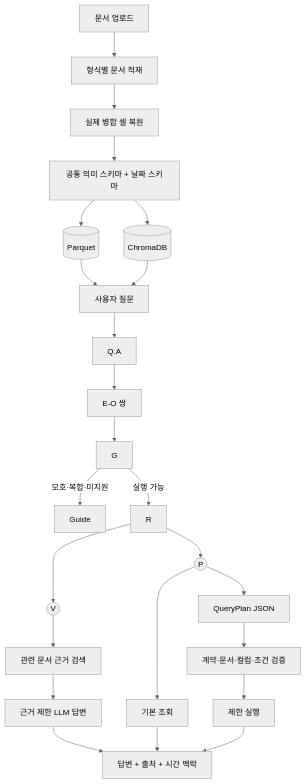
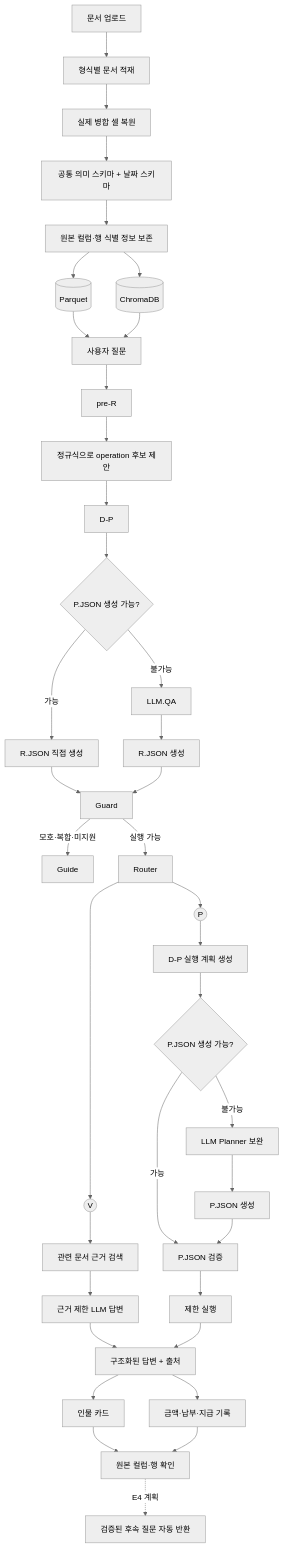
Diagram 15 of 15 in README.md (knu-2026-summer-main-enhancement/finance-doc-agent), drawn with Mermaid (neutral theme) before and after one commit. The commit also changed other lines of this file, not shown here.

Commit message:
docs: align roadmap with E3 and E4

````diff
--- a/README.md
+++ b/README.md
@@ -629,32 +642,48 @@
 ```mermaid
 flowchart TD
     U[문서 업로드] --> I[형식별 문서 적재]
     I --> M[실제 병합 셀 복원]
     M --> S[공통 의미 스키마 + 날짜 스키마]
-    S --> DB1[(Parquet)]
-    S --> DB2[(ChromaDB)]
+    S --> O[원본 컬럼·행 식별 정보 보존]
+    O --> DB1[(Parquet)]
+    O --> DB2[(ChromaDB)]
 
     DB1 --> Q[사용자 질문]
     DB2 --> Q
 
-    Q --> QA[Q.A]
-    QA --> EO[E-O 쌍]
-    EO --> G[G]
+    Q --> PR[pre-R]
+    PR --> OP[정규식으로 operation 후보 제안]
+    OP --> DP[D-P]
+    DP --> PC{P.JSON 생성 가능?}
+    PC -->|가능| RJ[R.JSON 직접 생성]
+    PC -->|불가능| LQ[LLM.QA]
+    LQ --> RJ2[R.JSON 생성]
+
+    RJ --> G[Guard]
+    RJ2 --> G
     G -->|모호·복합·미지원| GUIDE[Guide]
-    G -->|실행 가능| R[R]
+    G -->|실행 가능| R[Router]
 
     R --> V((V))
     R --> P((P))
 
     V --> VS[관련 문서 근거 검색]
     VS --> VA[근거 제한 LLM 답변]
 
-    P --> PD[기본 조회]
-    P --> PQ[QueryPlan JSON]
-    PQ --> PV[계약·문서·컬럼·조건 검증]
+    P --> PD[D-P 실행 계획 생성]
+    PD --> PC2{P.JSON 생성 가능?}
+    PC2 -->|가능| PV[P.JSON 검증]
+    PC2 -->|불가능| PQ[LLM Planner 보완]
+    PQ --> PJ[P.JSON 생성]
+    PJ --> PV
     PV --> PE[제한 실행]
 
-    VA --> A[답변 + 출처 + 시간 맥락]
-    PD --> A
+    VA --> A[구조화된 답변 + 출처]
     PE --> A
+    A --> IC[인물 카드]
+    A --> MR[금액·납부·지급 기록]
+    IC --> OR[원본 컬럼·행 확인]
+    MR --> OR
+
+    OR -. E4 계획 .-> FQ[검증된 후속 질문 자동 반환]
 ```
````
